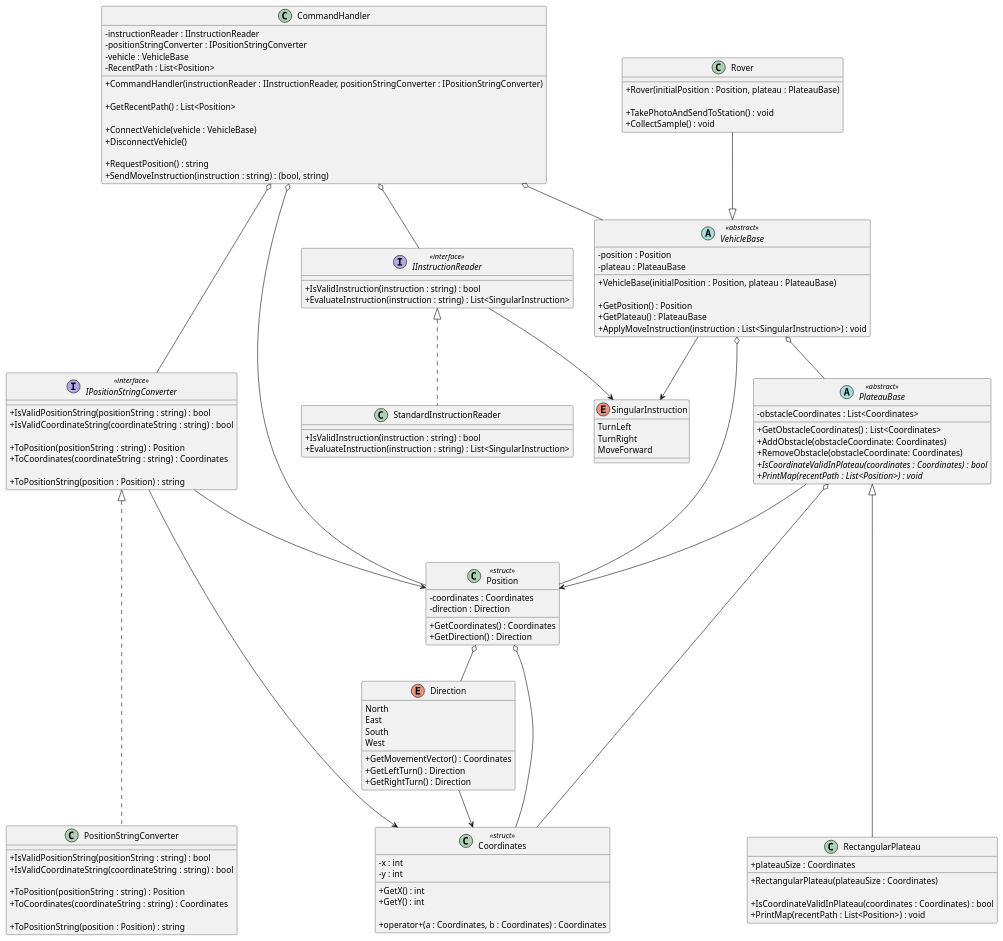
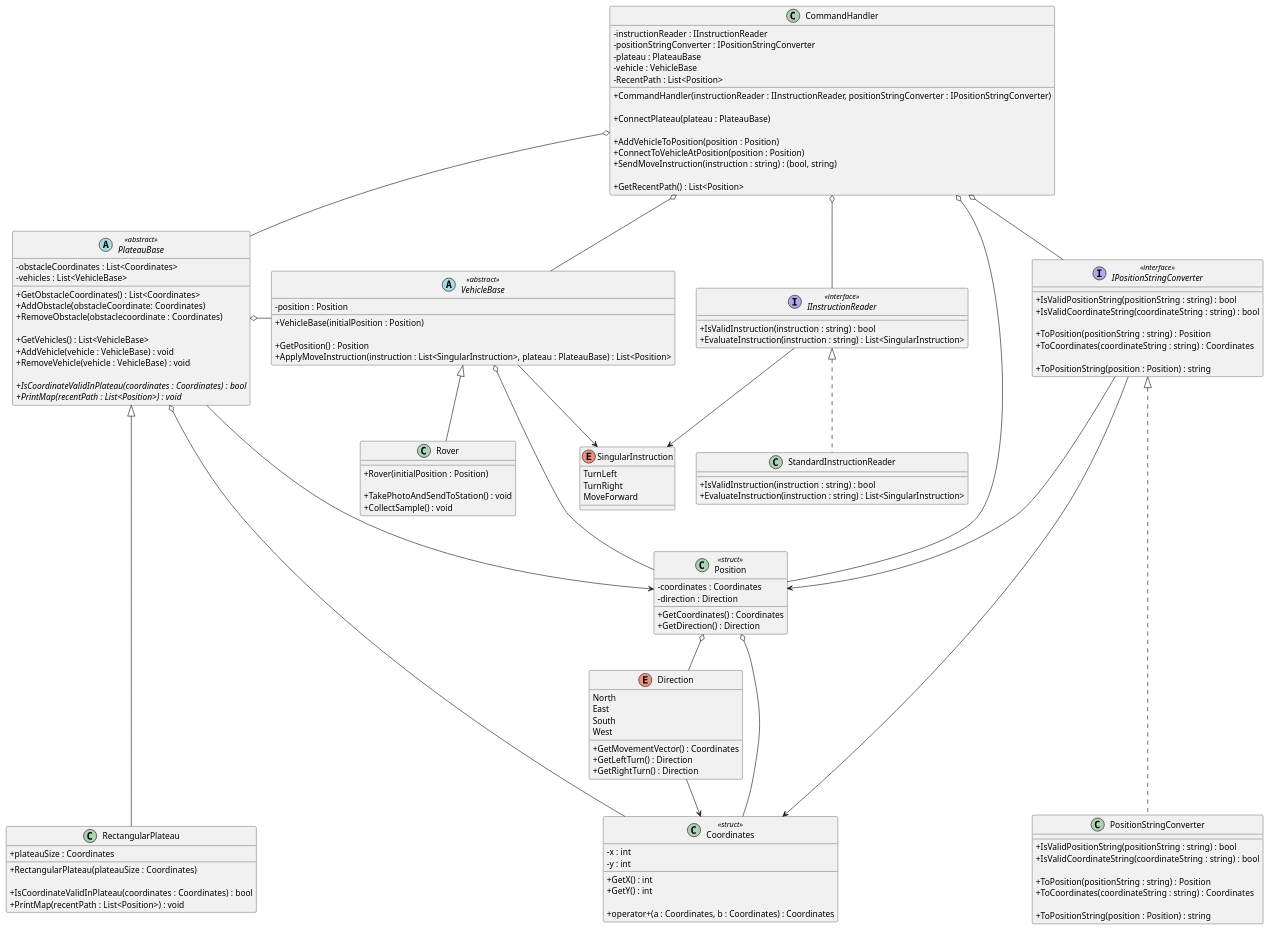
Before and after one commit to iamfranco/MarsRoverChallenge: the diagram in diagrams/MarsRoverChallenge.puml, drawn with PlantUML. The commit also changed 1 other file, not shown here.

Commit message:
UML: modify CommandHandler, PlateauBase, VehicleBase, and Rover, to allow multiple vehicles on same plateau

```diff
--- a/diagrams/MarsRoverChallenge.puml
+++ b/diagrams/MarsRoverChallenge.puml
@@ -1,162 +1,168 @@
 @startuml "Mars Rover Challenge"
 skinparam classAttributeIconSize 0
 
 class CommandHandler
 {
   - instructionReader : IInstructionReader
   - positionStringConverter : IPositionStringConverter
+  - plateau : PlateauBase
   - vehicle : VehicleBase
   - RecentPath : List<Position>
 
   + CommandHandler(instructionReader : IInstructionReader, positionStringConverter : IPositionStringConverter)
   
+  + ConnectPlateau(plateau : PlateauBase)
+
+  + AddVehicleToPosition(position : Position)
+  + ConnectToVehicleAtPosition(position : Position)
+  + SendMoveInstruction(instruction : string) : (bool, string)
+
   + GetRecentPath() : List<Position>
-
-  + ConnectVehicle(vehicle : VehicleBase)
-  + DisconnectVehicle()
-
-  + RequestPosition() : string
-  + SendMoveInstruction(instruction : string) : (bool, string)
 }
 
 interface IInstructionReader <<interface>>
 {
   + IsValidInstruction(instruction : string) : bool
   + EvaluateInstruction(instruction : string) : List<SingularInstruction>
 }
 
 enum SingularInstruction
 {
   TurnLeft
   TurnRight
   MoveForward
 }
 
 class StandardInstructionReader
 {
   + IsValidInstruction(instruction : string) : bool
   + EvaluateInstruction(instruction : string) : List<SingularInstruction>
 }
 
 abstract PlateauBase <<abstract>>
 {
   - obstacleCoordinates : List<Coordinates>
+  - vehicles : List<VehicleBase>
 
   + GetObstacleCoordinates() : List<Coordinates>
   + AddObstacle(obstacleCoordinate: Coordinates)
-  + RemoveObstacle(obstacleCoordinate: Coordinates)
+  + RemoveObstacle(obstaclecoordinate : Coordinates)
+
+  + GetVehicles() : List<VehicleBase>
+  + AddVehicle(vehicle : VehicleBase) : void
+  + RemoveVehicle(vehicle : VehicleBase) : void
+
   {abstract} + IsCoordinateValidInPlateau(coordinates : Coordinates) : bool
   {abstract} + PrintMap(recentPath : List<Position>) : void
 }
 
 class RectangularPlateau
 {
   + plateauSize : Coordinates
 
   + RectangularPlateau(plateauSize : Coordinates)
 
   + IsCoordinateValidInPlateau(coordinates : Coordinates) : bool
   + PrintMap(recentPath : List<Position>) : void
 }
 
 class Coordinates <<struct>>
 {
   - x : int
   - y : int
 
   + GetX() : int
   + GetY() : int
 
   + operator+(a : Coordinates, b : Coordinates) : Coordinates
 }
 
 enum Direction
 {
   North
   East
   South
   West
 
   + GetMovementVector() : Coordinates
   + GetLeftTurn() : Direction
   + GetRightTurn() : Direction
 }
 
 interface IPositionStringConverter <<interface>>
 {
   + IsValidPositionString(positionString : string) : bool
   + IsValidCoordinateString(coordinateString : string) : bool
 
   + ToPosition(positionString : string) : Position
   + ToCoordinates(coordinateString : string) : Coordinates
 
   + ToPositionString(position : Position) : string
 }
 
 class Position <<struct>>
 {
   - coordinates : Coordinates
   - direction : Direction
 
   + GetCoordinates() : Coordinates
   + GetDirection() : Direction
 }
 
 class PositionStringConverter
 {
   + IsValidPositionString(positionString : string) : bool
   + IsValidCoordinateString(coordinateString : string) : bool
 
   + ToPosition(positionString : string) : Position
   + ToCoordinates(coordinateString : string) : Coordinates
 
   + ToPositionString(position : Position) : string
 }
 
 class Rover
 {
-  + Rover(initialPosition : Position, plateau : PlateauBase)
+  + Rover(initialPosition : Position)
 
   + TakePhotoAndSendToStation() : void
   + CollectSample() : void
 }
 
 abstract VehicleBase <<abstract>>
 {
   - position : Position
-  - plateau : PlateauBase
 
-  + VehicleBase(initialPosition : Position, plateau : PlateauBase)
+  + VehicleBase(initialPosition : Position)
 
   + GetPosition() : Position
-  + GetPlateau() : PlateauBase
-  + ApplyMoveInstruction(instruction : List<SingularInstruction>) : void
+  + ApplyMoveInstruction(instruction : List<SingularInstruction>, plateau : PlateauBase) : List<Position>
 }
 
 CommandHandler o-- IInstructionReader
 CommandHandler o-- IPositionStringConverter
+CommandHandler o-- PlateauBase
 CommandHandler o-- VehicleBase
 CommandHandler o---- Position
 
 IInstructionReader --> SingularInstruction
 IInstructionReader <|.. StandardInstructionReader 
 
-VehicleBase <|-u- Rover
+VehicleBase <|-- Rover
 VehicleBase --> SingularInstruction
 VehicleBase o--- Position
-VehicleBase o-- PlateauBase
 
 IPositionStringConverter <|..... PositionStringConverter
 IPositionStringConverter ---> Position
-IPositionStringConverter ----> Coordinates
+IPositionStringConverter ---> Coordinates
 
 PlateauBase <|----- RectangularPlateau
-PlateauBase ---> Position
-PlateauBase o--- Coordinates
+PlateauBase --> Position
+PlateauBase o-- Coordinates
+PlateauBase o- VehicleBase
 
 Direction --> Coordinates 
 
 Position o-- Direction
 Position o-- Coordinates
 
 @enduml
```
